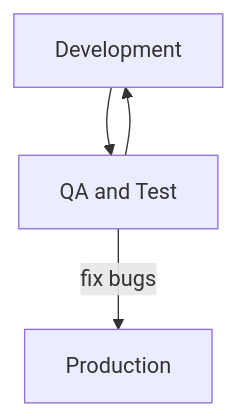
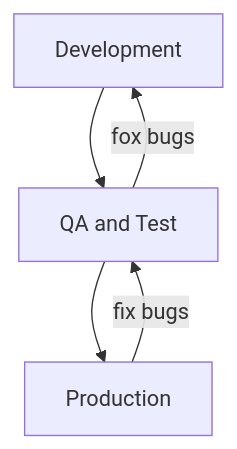
One commit to petre-renware/sdeven changed the diagram in doc_src/SDEVEN.25_SYTEST.md. Above: the diagram before and after it, drawn with Mermaid.

````diff
--- a/doc_src/SDEVEN.25_SYTEST.md
+++ b/doc_src/SDEVEN.25_SYTEST.md
@@ -93,14 +93,15 @@
 ```mermaid
 flowchart TD
 
     dev[Development]
     test[QA and Test]
     prod[Production]
 
     dev --> test
-    test --> dev
+    test --> prod
 
-    test -->|fix bugs| prod   
+    test -->|fox bugs| dev
+    prod -->|fix bugs| test
 
 
 ```
````
